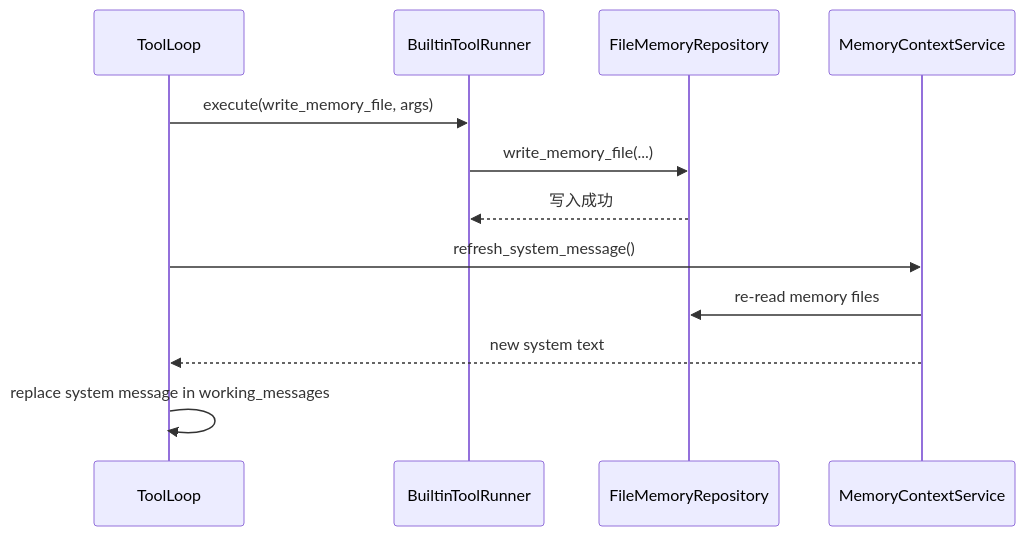
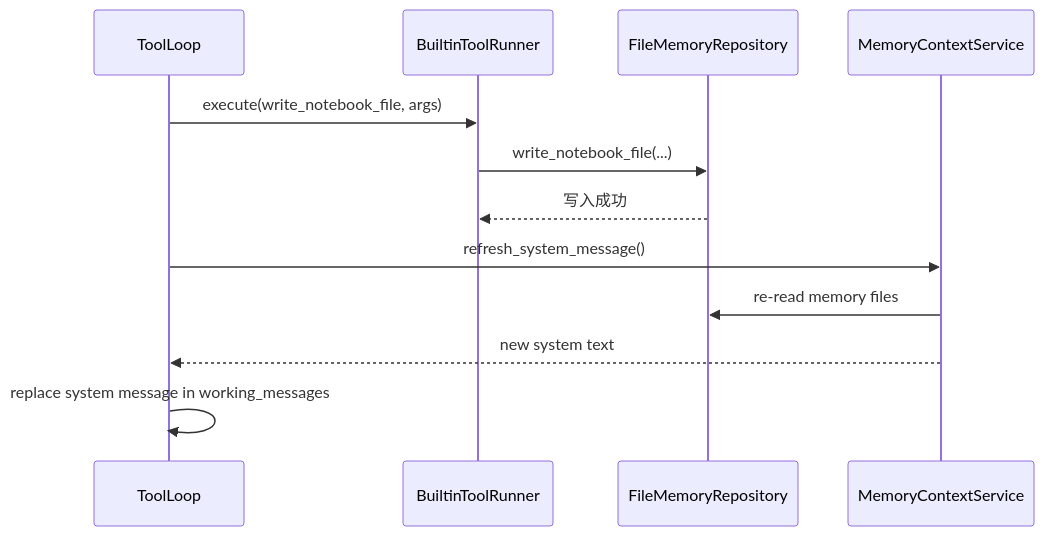
The fourth of 6 diagrams in docs/state_and_persistence.md (tamakara/agent-demo), drawn with Mermaid before and after one commit. The commit also changed other lines of this file and 21 other files, not shown here.

````diff
--- a/docs/state_and_persistence.md
+++ b/docs/state_and_persistence.md
@@ -263,15 +263,15 @@
 ```mermaid
 sequenceDiagram
     participant L as ToolLoop
     participant F as BuiltinToolRunner
     participant FS as FileMemoryRepository
     participant M as MemoryContextService
 
-    L->>F: execute(write_memory_file, args)
-    F->>FS: write_memory_file(...)
+    L->>F: execute(write_notebook_file, args)
+    F->>FS: write_notebook_file(...)
     FS-->>F: 写入成功
     L->>M: refresh_system_message()
     M->>FS: re-read memory files
     M-->>L: new system text
     L->>L: replace system message in working_messages
 ```
````
